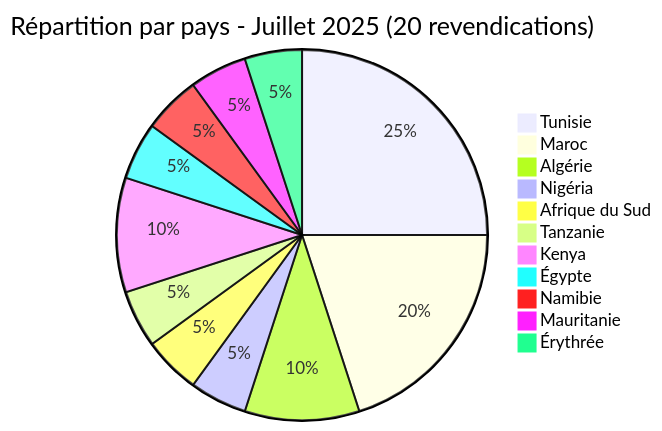
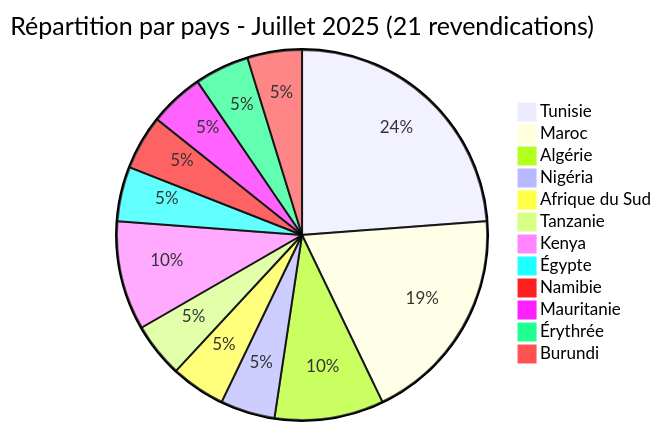
Before and after one commit to Hatchepsoute/AFRINTEL: the second of 4 diagrams in CyberAttackAfrica/2025/07-july/report/README_FR.md, drawn with Mermaid. The commit also changed other lines of this file and 112 other files, not shown here.

````diff
--- a/CyberAttackAfrica/2025/07-july/report/README_FR.md
+++ b/CyberAttackAfrica/2025/07-july/report/README_FR.md
@@ -96,15 +99,16 @@
 ```mermaid
 pie
-    title Répartition par pays - Juillet 2025 (20 revendications)
+    title Répartition par pays - Juillet 2025 (21 revendications)
     "Tunisie" : 5
     "Maroc" : 4
     "Algérie" : 2
     "Nigéria" : 1
     "Afrique du Sud" : 1
     "Tanzanie" : 1
     "Kenya" : 2
     "Égypte" : 1
     "Namibie" : 1
     "Mauritanie" : 1
     "Érythrée" : 1
+    "Burundi" : 1
 ```
````
